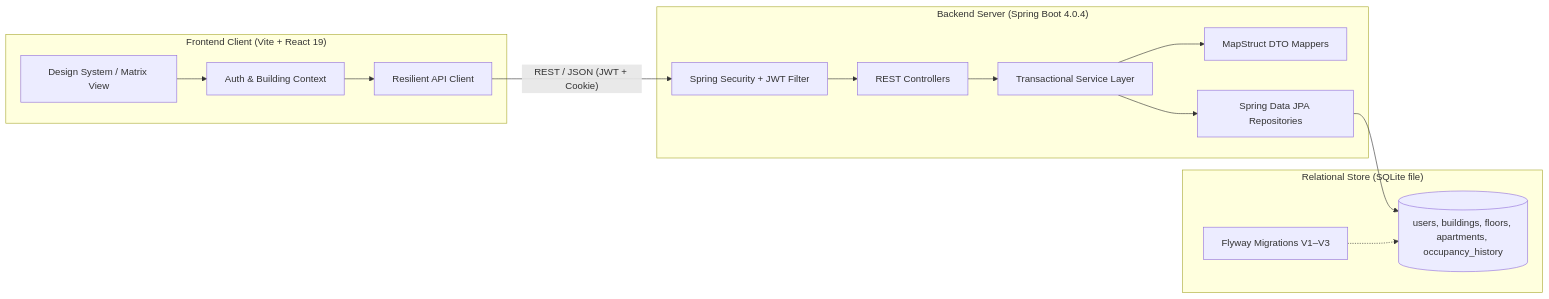
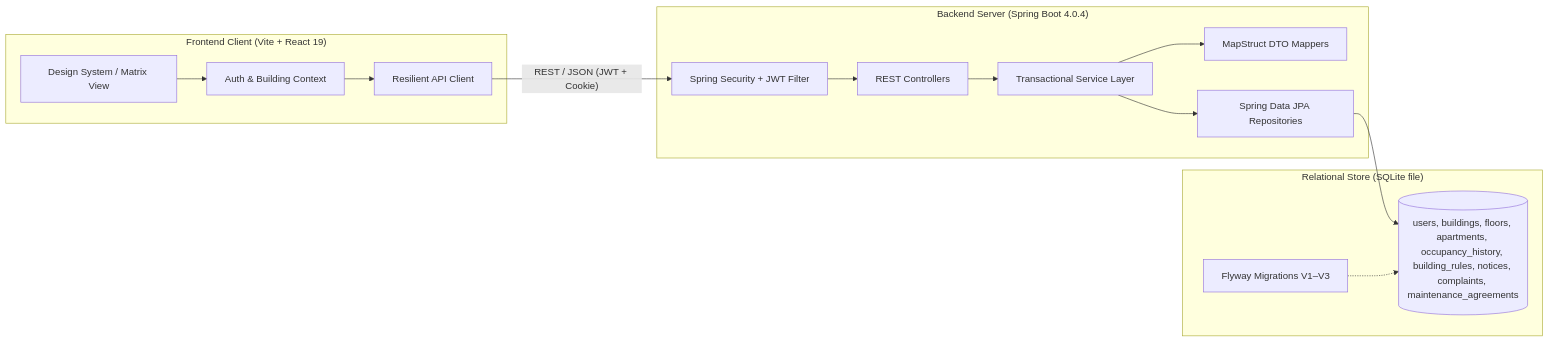
The diagram in README.md (eskit2005/BariLog), drawn with Mermaid before and after one commit. The commit also changed other lines of this file and 4 other files, not shown here.

````diff
--- a/README.md
+++ b/README.md
@@ -57,27 +65,27 @@
 ```mermaid
 flowchart LR
     subgraph Client["Frontend Client (Vite + React 19)"]
         UI[Design System / Matrix View]
         Context[Auth & Building Context]
         API_Client[Resilient API Client]
     end
 
     subgraph Server["Backend Server (Spring Boot 4.0.4)"]
         Sec[Spring Security + JWT Filter]
         Controllers[REST Controllers]
         Services[Transactional Service Layer]
         Mappers[MapStruct DTO Mappers]
         Repos[Spring Data JPA Repositories]
     end
 
     subgraph Database["Relational Store (SQLite file)"]
         Flyway[Flyway Migrations V1–V3]
-        Tables[(users, buildings, floors, apartments, occupancy_history)]
+        Tables[(users, buildings, floors, apartments, occupancy_history, building_rules, notices, complaints, maintenance_agreements)]
     end
 
     UI --> Context --> API_Client
     API_Client -- "REST / JSON (JWT + Cookie)" --> Sec
     Sec --> Controllers --> Services --> Mappers & Repos
     Repos --> Tables
     Flyway -.-> Tables
 ```
````
